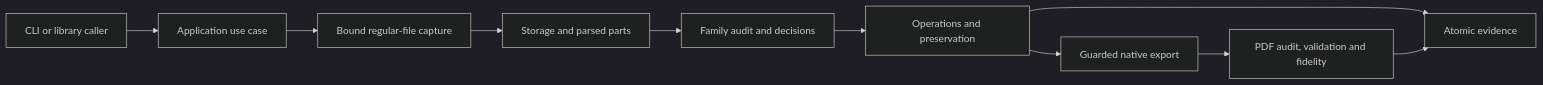
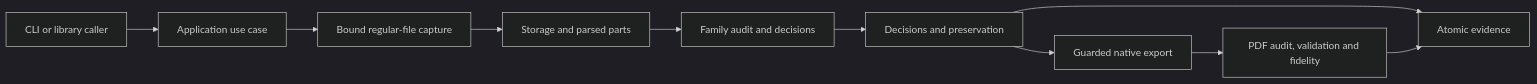
One commit to resoltico/ODFA11y changed the diagram in docs/ARCHITECTURE.md. Above: the diagram before and after it, drawn with Mermaid (dark theme). The commit also changed other lines of this file and 165 other files, not shown here.

````diff
--- a/docs/ARCHITECTURE.md
+++ b/docs/ARCHITECTURE.md
@@ -6,12 +6,12 @@
 ```mermaid
 flowchart LR
     CLI[CLI or library caller] --> API[Application use case]
     API --> Capture[Bound regular-file capture]
     Capture --> ODF[Storage and parsed parts]
     ODF --> Family[Family audit and decisions]
-    Family --> Guard[Operations and preservation]
+    Family --> Guard[Decisions and preservation]
     Guard --> Native[Guarded native export]
     Native --> PDF[PDF audit, validation and fidelity]
     Guard --> Evidence[Atomic evidence]
     PDF --> Evidence
 ```
````
